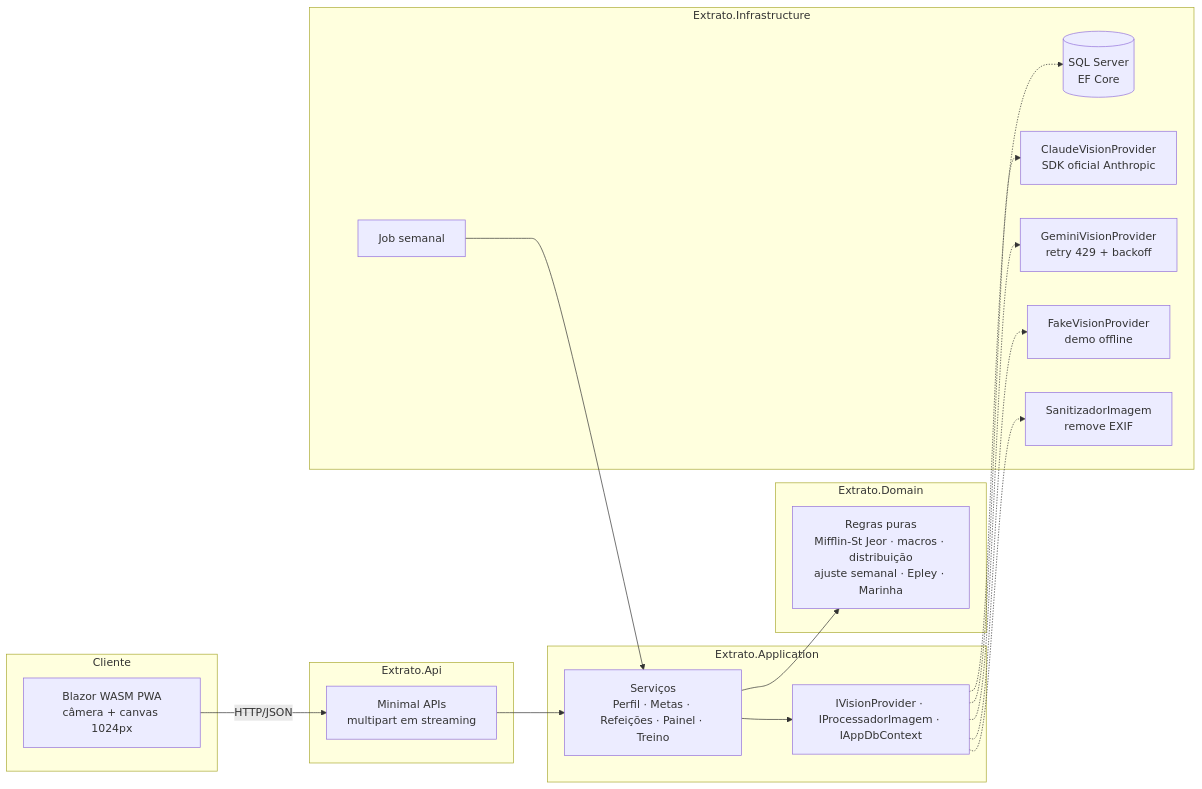
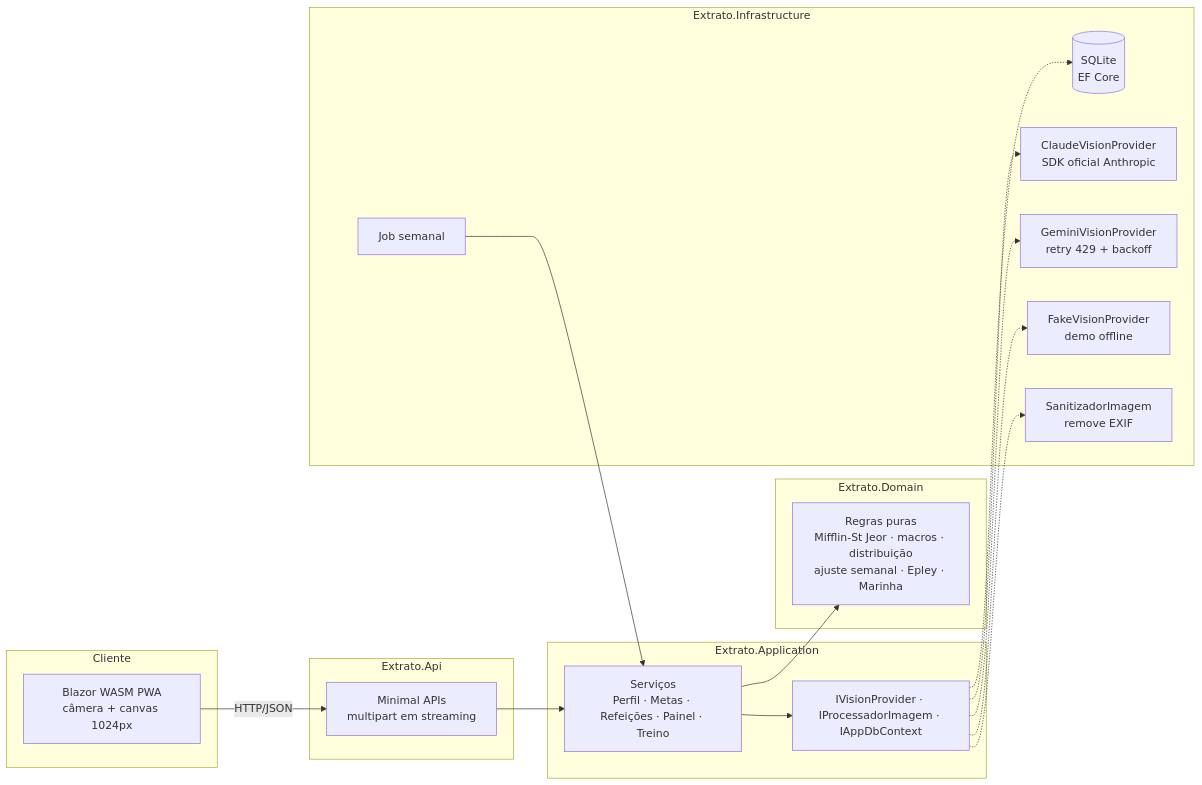
Before and after one commit to ClaudioLopes/Extrato: the diagram in README.md, drawn with Mermaid. The commit also changed other lines of this file and 35 other files, not shown here.

First line of the commit message:
Troca o SQL Server pelo SQLite

````diff
--- a/README.md
+++ b/README.md
@@ -21,28 +21,28 @@
 ```mermaid
 flowchart LR
     subgraph Cliente
       W[Blazor WASM PWA<br/>câmera + canvas 1024px]
     end
     subgraph Api[Extrato.Api]
       E[Minimal APIs<br/>multipart em streaming]
     end
     subgraph App[Extrato.Application]
       S[Serviços<br/>Perfil · Metas · Refeições · Painel · Treino]
       I[IVisionProvider · IProcessadorImagem · IAppDbContext]
     end
     subgraph Dom[Extrato.Domain]
       R[Regras puras<br/>Mifflin-St Jeor · macros · distribuição<br/>ajuste semanal · Epley · Marinha]
     end
     subgraph Infra[Extrato.Infrastructure]
-      DB[(SQL Server<br/>EF Core)]
+      DB[(SQLite<br/>EF Core)]
       C[ClaudeVisionProvider<br/>SDK oficial Anthropic]
       G[GeminiVisionProvider<br/>retry 429 + backoff]
       F[FakeVisionProvider<br/>demo offline]
       X[SanitizadorImagem<br/>remove EXIF]
       J[Job semanal]
     end
     W -- HTTP/JSON --> E --> S --> R
     S --> I
     I -.-> DB & C & G & F & X
     J --> S
 ```
````
